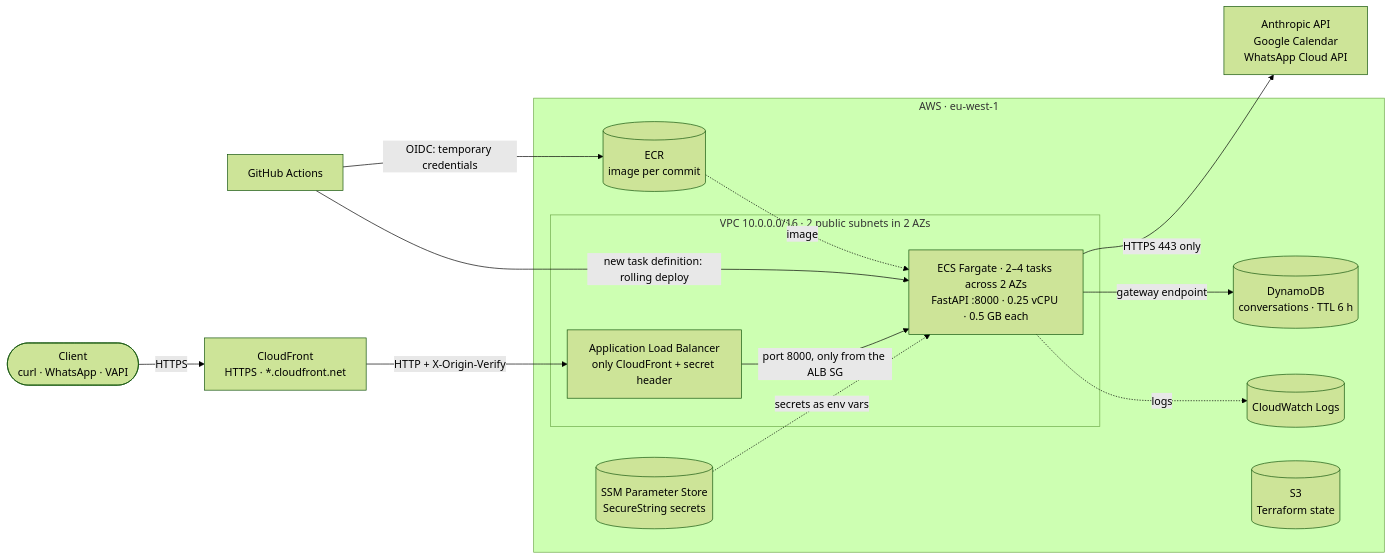
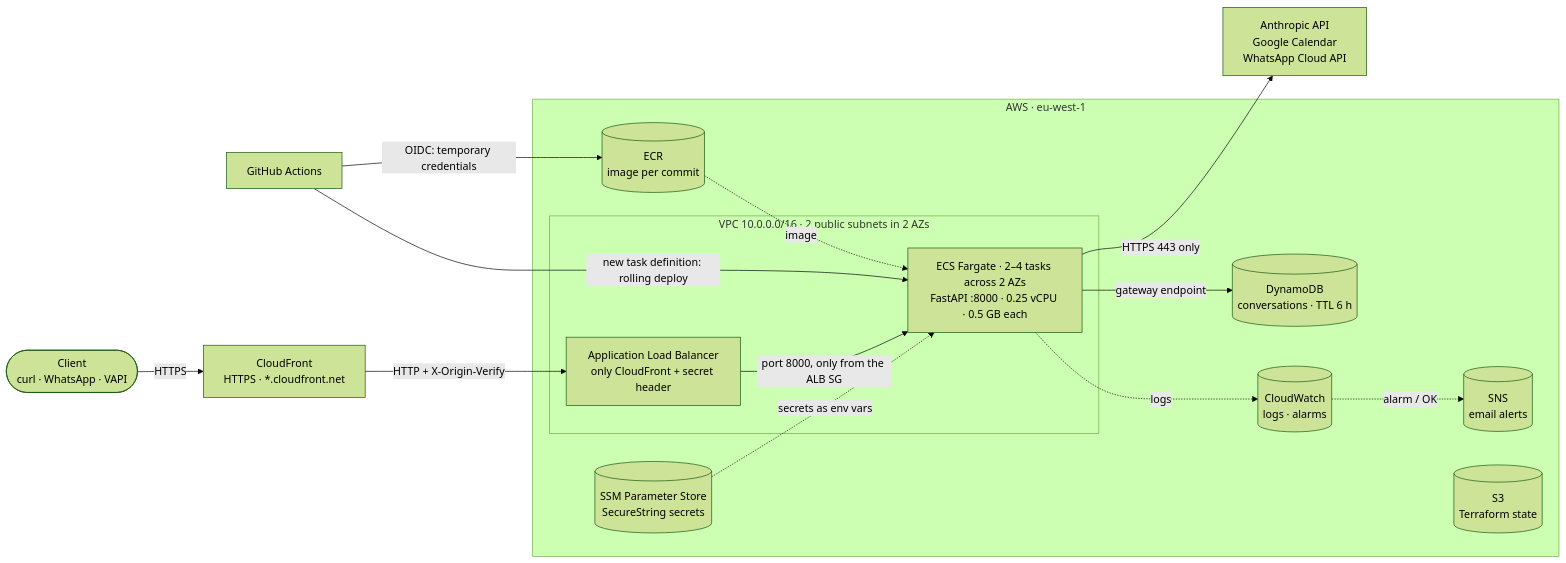
One commit to ericvelascog/booking-bot-aws changed the diagram in README.md. Above: the diagram before and after it, drawn with Mermaid (forest theme). The commit also changed other lines of this file and 6 other files, not shown here.

Commit message:
Add CloudWatch alarms with email alerts through SNS, and a runbook

````diff
--- a/README.md
+++ b/README.md
@@ -24,31 +24,33 @@
 ```mermaid
 flowchart LR
     client(["Client<br/>curl · WhatsApp · VAPI"])
     ext["Anthropic API<br/>Google Calendar<br/>WhatsApp Cloud API"]
     gh["GitHub Actions"]
 
     cf["CloudFront<br/>HTTPS · *.cloudfront.net"]
 
     subgraph aws["AWS · eu-west-1"]
         subgraph vpc["VPC 10.0.0.0/16 · 2 public subnets in 2 AZs"]
             alb["Application Load Balancer<br/>only CloudFront + secret header"]
             task["ECS Fargate · 2–4 tasks across 2 AZs<br/>FastAPI :8000 · 0.25 vCPU · 0.5 GB each"]
         end
         ddb[("DynamoDB<br/>conversations · TTL 6 h")]
         ecr[("ECR<br/>image per commit")]
         ssm[("SSM Parameter Store<br/>SecureString secrets")]
-        cw[("CloudWatch Logs")]
+        cw[("CloudWatch<br/>logs · alarms")]
+        sns[("SNS<br/>email alerts")]
         s3[("S3<br/>Terraform state")]
     end
 
     client -->|HTTPS| cf
     cf -->|"HTTP + X-Origin-Verify"| alb
     alb -->|"port 8000, only from the ALB SG"| task
     task -->|"HTTPS 443 only"| ext
     task -->|"gateway endpoint"| ddb
     ecr -.->|image| task
     ssm -.->|"secrets as env vars"| task
     task -.->|logs| cw
+    cw -.->|"alarm / OK"| sns
     gh -->|"OIDC: temporary credentials"| ecr
     gh -->|"new task definition: rolling deploy"| task
 ```
````
